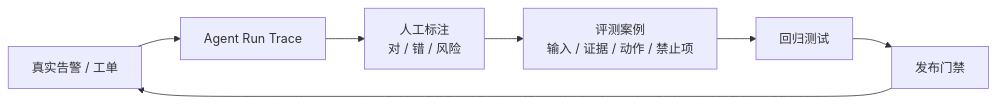
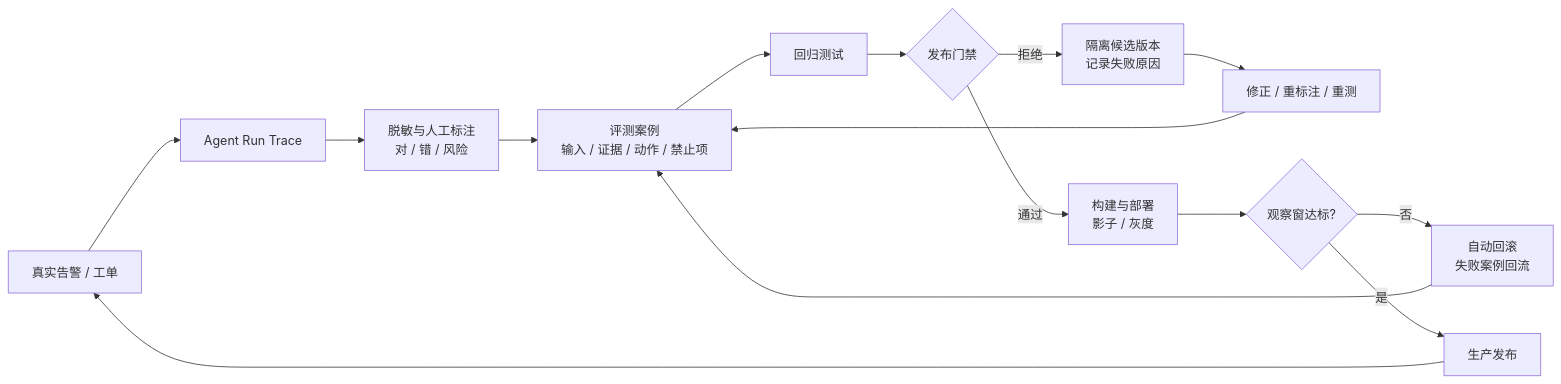
Before and after one commit to ai-guru-global/the-ops-agent-book: the second of 2 diagrams in docs/guide/11-agentops-observability.md, drawn with Mermaid. The commit also changed other lines of this file and 144 other files, not shown here.

````diff
--- a/docs/guide/11-agentops-observability.md
+++ b/docs/guide/11-agentops-observability.md
@@ -82,9 +180,17 @@
 ```mermaid
 flowchart LR
   A[真实告警 / 工单] --> B[Agent Run Trace]
-  B --> C[人工标注<br/>对 / 错 / 风险]
+  B --> C[脱敏与人工标注<br/>对 / 错 / 风险]
   C --> D[评测案例<br/>输入 / 证据 / 动作 / 禁止项]
   D --> E[回归测试]
-  E --> F[发布门禁]
-  F --> A
+  E --> F{发布门禁}
+  F -->|拒绝| X[隔离候选版本<br/>记录失败原因]
+  X --> Y[修正 / 重标注 / 重测]
+  Y --> D
+  F -->|通过| G[构建与部署<br/>影子 / 灰度]
+  G --> H{观察窗达标?}
+  H -->|否| I[自动回滚<br/>失败案例回流]
+  I --> D
+  H -->|是| P[生产发布]
+  P --> A
 ```
````
